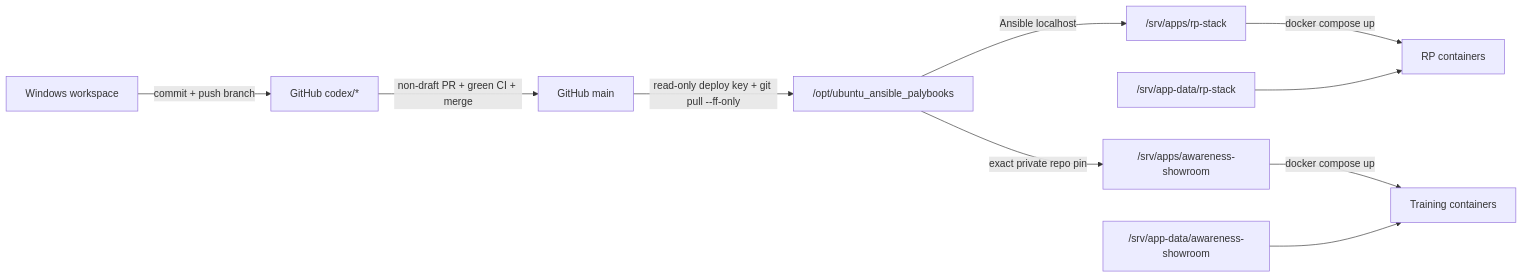
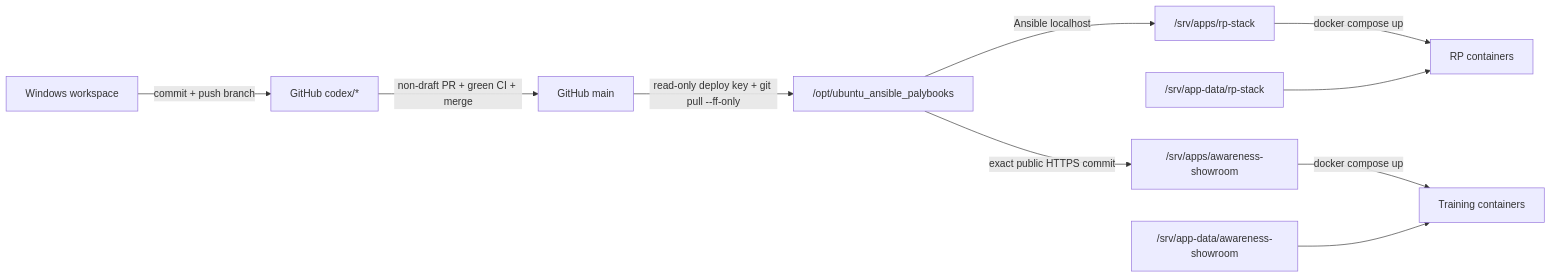
The diagram in docs/wiki/09-operations-and-repository.md (abykovwww-byte/ubuntu_ansible_palybooks), drawn with Mermaid before and after one commit. The commit also changed other lines of this file and 150 other files, not shown here.

Commit message:
feat(rp-stack): remove Awareness and Showroom

````diff
--- a/docs/wiki/09-operations-and-repository.md
+++ b/docs/wiki/09-operations-and-repository.md
@@ -9,12 +9,12 @@
 ```mermaid
 flowchart LR
     W["Windows workspace"] -->|"commit + push branch"| BR["GitHub codex/*"]
     BR -->|"non-draft PR + green CI + merge"| GH["GitHub main"]
     GH -->|"read-only deploy key + git pull --ff-only"| CO["/opt/ubuntu_ansible_palybooks"]
     CO -->|"Ansible localhost"| RP["/srv/apps/rp-stack"]
-    CO -->|"exact private repo pin"| TR["/srv/apps/awareness-showroom"]
+    CO -->|"exact public HTTPS commit"| TR["/srv/apps/awareness-showroom"]
     RP -->|"docker compose up"| RRT["RP containers"]
     TR -->|"docker compose up"| TRT["Training containers"]
     RPD["/srv/app-data/rp-stack"] --> RRT
     TRD["/srv/app-data/awareness-showroom"] --> TRT
 ```
````
